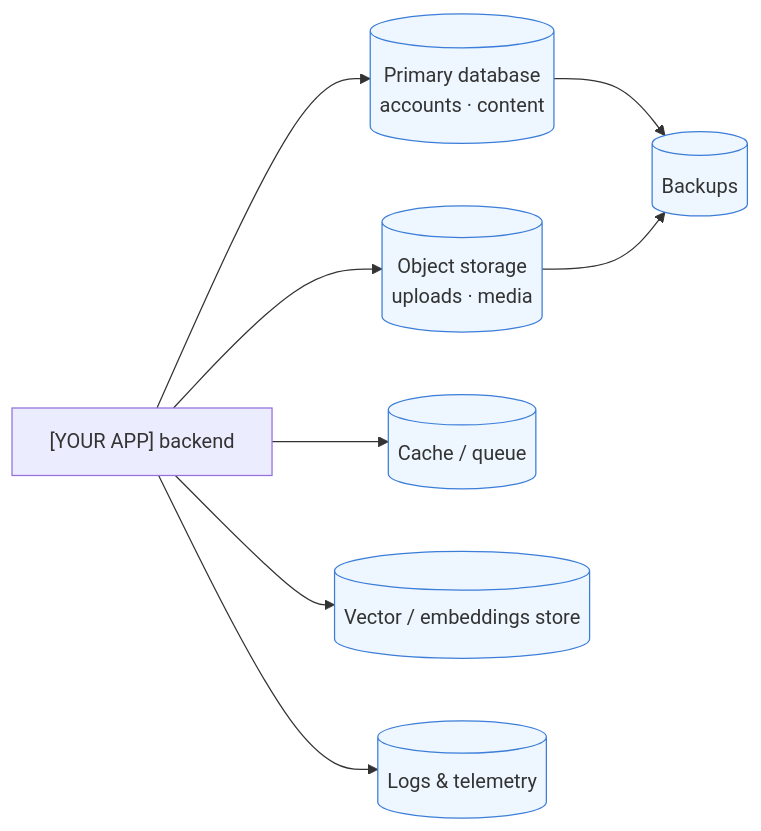
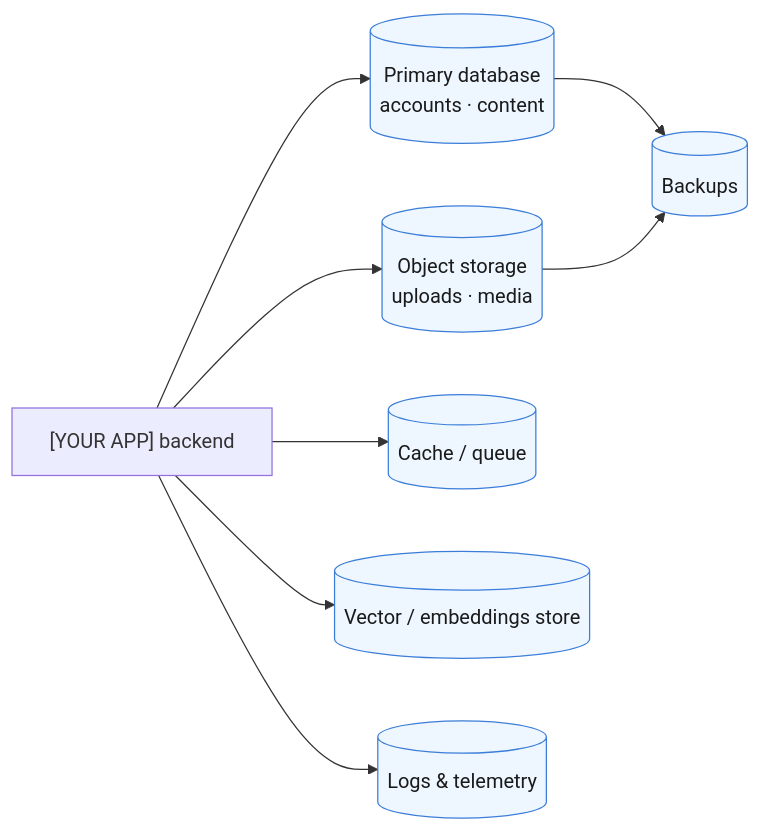
Before and after one commit to ann-ette/soc2-starter-kit: the fifth of 8 diagrams in templates/ARCHITECTURE-MAP.md, drawn with Mermaid. The commit also changed other lines of this file and 14 other files, not shown here.

````diff
--- a/templates/ARCHITECTURE-MAP.md
+++ b/templates/ARCHITECTURE-MAP.md
@@ -228,13 +228,13 @@
 ```mermaid
 flowchart LR
     B["[YOUR APP] backend"] --> P[("Primary database<br/>accounts · content")]
     B --> O[("Object storage<br/>uploads · media")]
     B --> C[("Cache / queue")]
     B --> V[("Vector / embeddings store")]
     B --> L[("Logs & telemetry")]
     P --> BK[("Backups")]
     O --> BK
 
-    classDef store fill:#eef7ff,stroke:#3b7dd8
+    classDef store fill:#eef7ff,stroke:#3b7dd8,color:#1a1a1a
     class P,O,C,V,L,BK store
 ```
````
